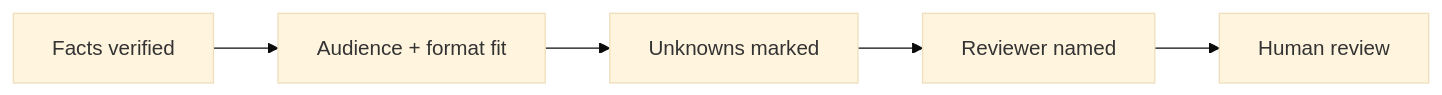
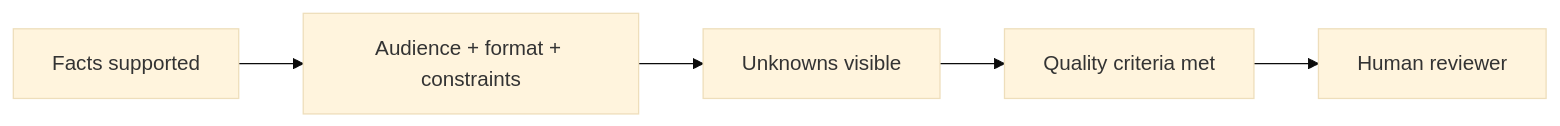
The diagram in teaching/visuals/s03/en/checks.mmd (Ange230700/ibm-ai-foundations-for-everyone-notes), drawn with Mermaid (base theme) before and after one commit. The commit also changed 7 other files, not shown here.

```diff
--- a/teaching/visuals/s03/en/checks.mmd
+++ b/teaching/visuals/s03/en/checks.mmd
@@ -1,5 +1,5 @@
 flowchart LR
- A["Facts verified"] --> B["Audience + format fit"]
- B --> C["Unknowns marked"]
- C --> D["Reviewer named"]
- D --> E["Human review"]
+ A["Facts supported"] --> B["Audience + format + constraints"]
+ B --> C["Unknowns visible"]
+ C --> D["Quality criteria met"]
+ D --> E["Human reviewer"]
```
